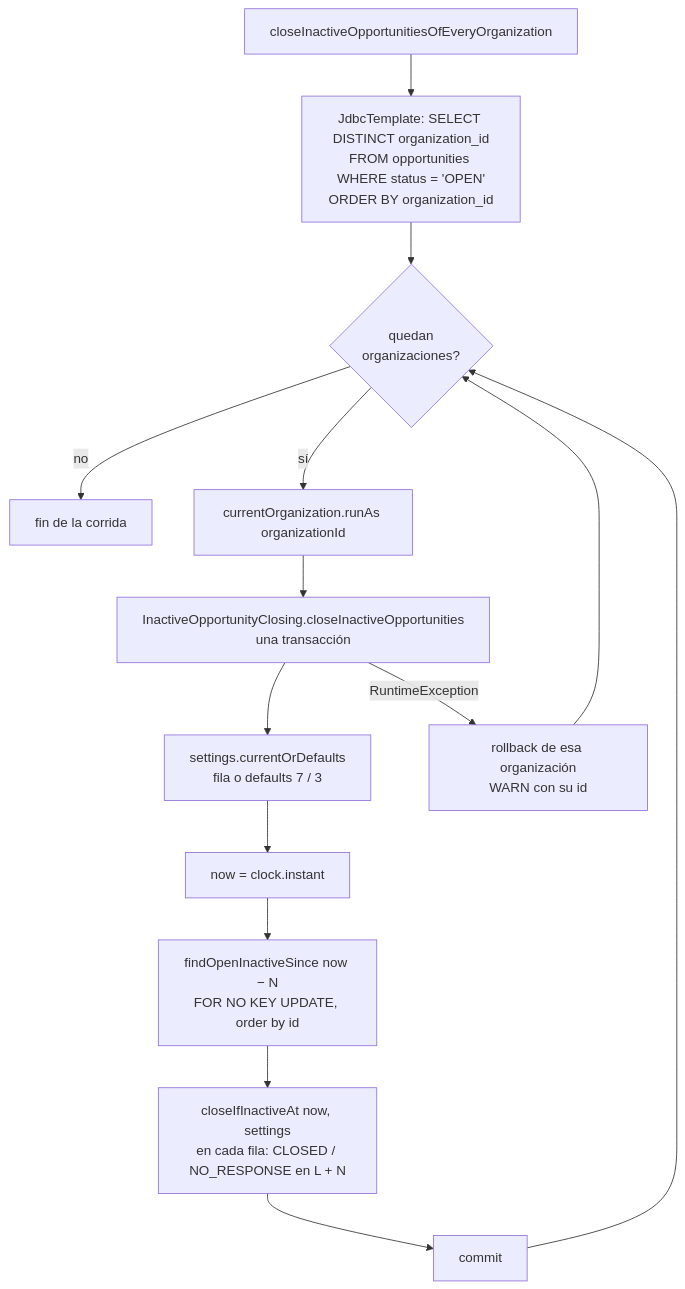
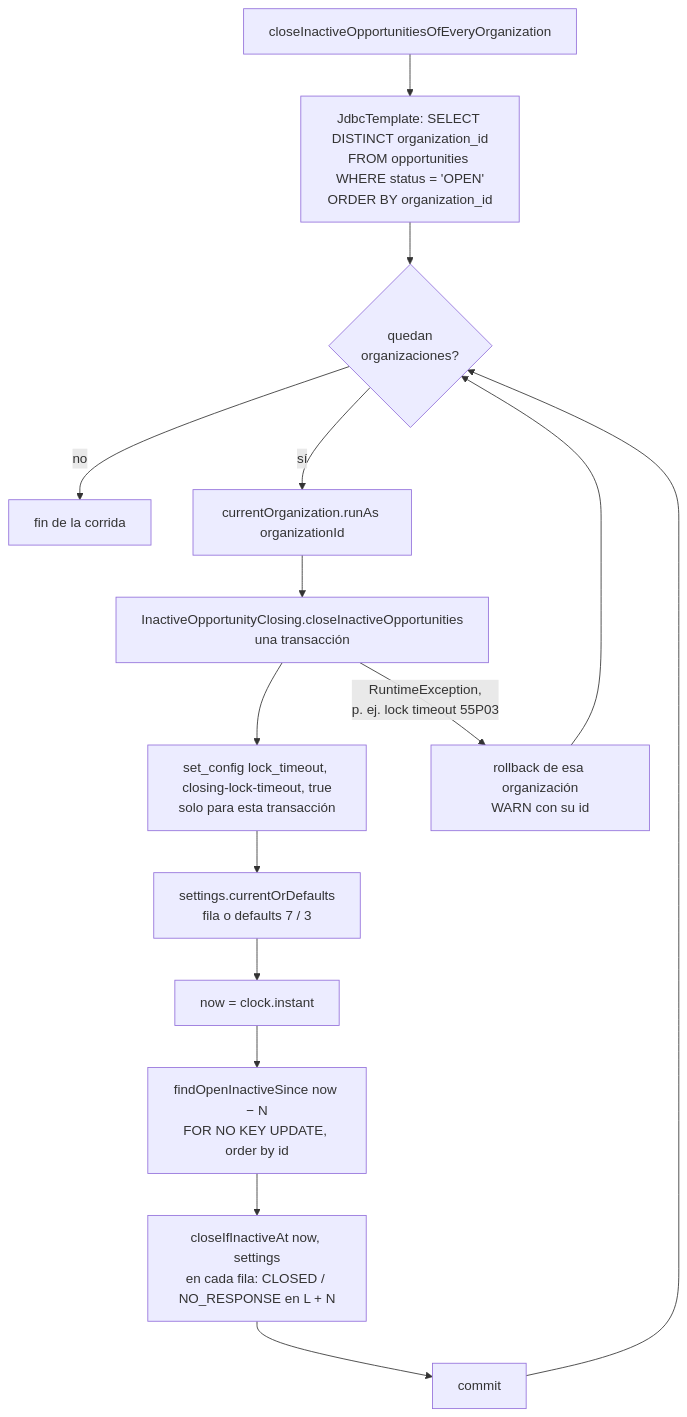
One commit to zapmaxvevo/communicator-one changed the third of 8 diagrams in docs/oportunidades.md. Above: the diagram before and after it, drawn with Mermaid. The commit also changed other lines of this file and 10 other files, not shown here.

````diff
--- a/docs/oportunidades.md
+++ b/docs/oportunidades.md
@@ -195,16 +195,17 @@
 ```mermaid
 flowchart TD
     J[closeInactiveOpportunitiesOfEveryOrganization] --> L[JdbcTemplate: SELECT DISTINCT organization_id<br/>FROM opportunities WHERE status = 'OPEN'<br/>ORDER BY organization_id]
     L --> E{quedan<br/>organizaciones?}
     E -->|no| FIN[fin de la corrida]
     E -->|sí| R[currentOrganization.runAs organizationId]
     R --> T[InactiveOpportunityClosing.closeInactiveOpportunities<br/>una transacción]
-    T --> S[settings.currentOrDefaults<br/>fila o defaults 7 / 3]
+    T --> LT[set_config lock_timeout, closing-lock-timeout, true<br/>solo para esta transacción]
+    LT --> S[settings.currentOrDefaults<br/>fila o defaults 7 / 3]
     S --> NOW[now = clock.instant]
     NOW --> Q[findOpenInactiveSince now − N<br/>FOR NO KEY UPDATE, order by id]
     Q --> C[closeIfInactiveAt now, settings<br/>en cada fila: CLOSED / NO_RESPONSE en L + N]
     C --> OK[commit]
-    T -->|RuntimeException| RB[rollback de esa organización<br/>WARN con su id]
+    T -->|RuntimeException,<br/>p. ej. lock timeout 55P03| RB[rollback de esa organización<br/>WARN con su id]
     OK --> E
     RB --> E
 ```
````
